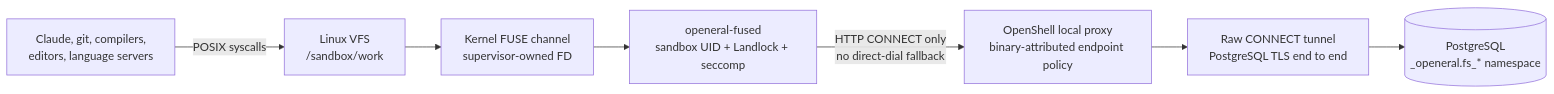
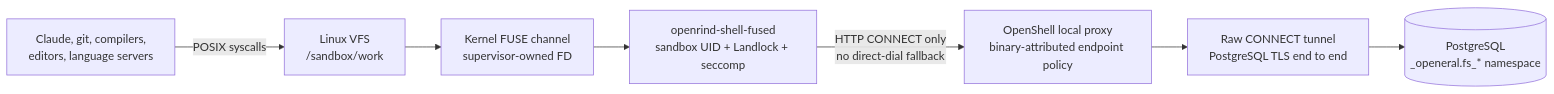
The second of 5 diagrams in ARCHITECTURE.md (Pavitra-programmers/openeral), drawn with Mermaid before and after one commit. The commit also changed other lines of this file and 73 other files, not shown here.

````diff
--- a/ARCHITECTURE.md
+++ b/ARCHITECTURE.md
@@ -60,13 +60,13 @@
 ```mermaid
 flowchart LR
   tools["Claude, git, compilers,<br/>editors, language servers"]
   vfs["Linux VFS<br/>/sandbox/work"]
   kernel["Kernel FUSE channel<br/>supervisor-owned FD"]
-  daemon["openeral-fused<br/>sandbox UID + Landlock + seccomp"]
+  daemon["openrind-shell-fused<br/>sandbox UID + Landlock + seccomp"]
   proxy["OpenShell local proxy<br/>binary-attributed endpoint policy"]
   tls["Raw CONNECT tunnel<br/>PostgreSQL TLS end to end"]
   schema[("PostgreSQL<br/>_openeral.fs_* namespace")]
 
   tools -->|"POSIX syscalls"| vfs --> kernel --> daemon
   daemon -->|"HTTP CONNECT only<br/>no direct-dial fallback"| proxy --> tls --> schema
 ```
````
